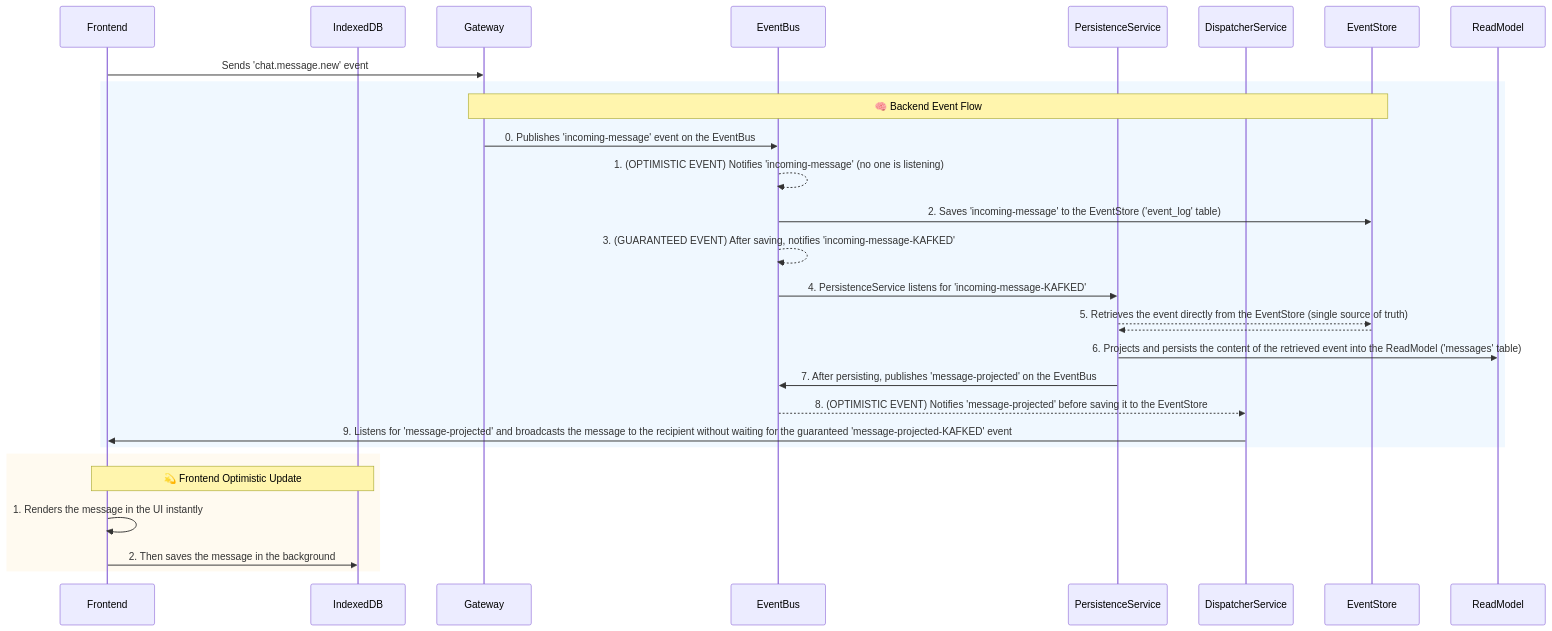
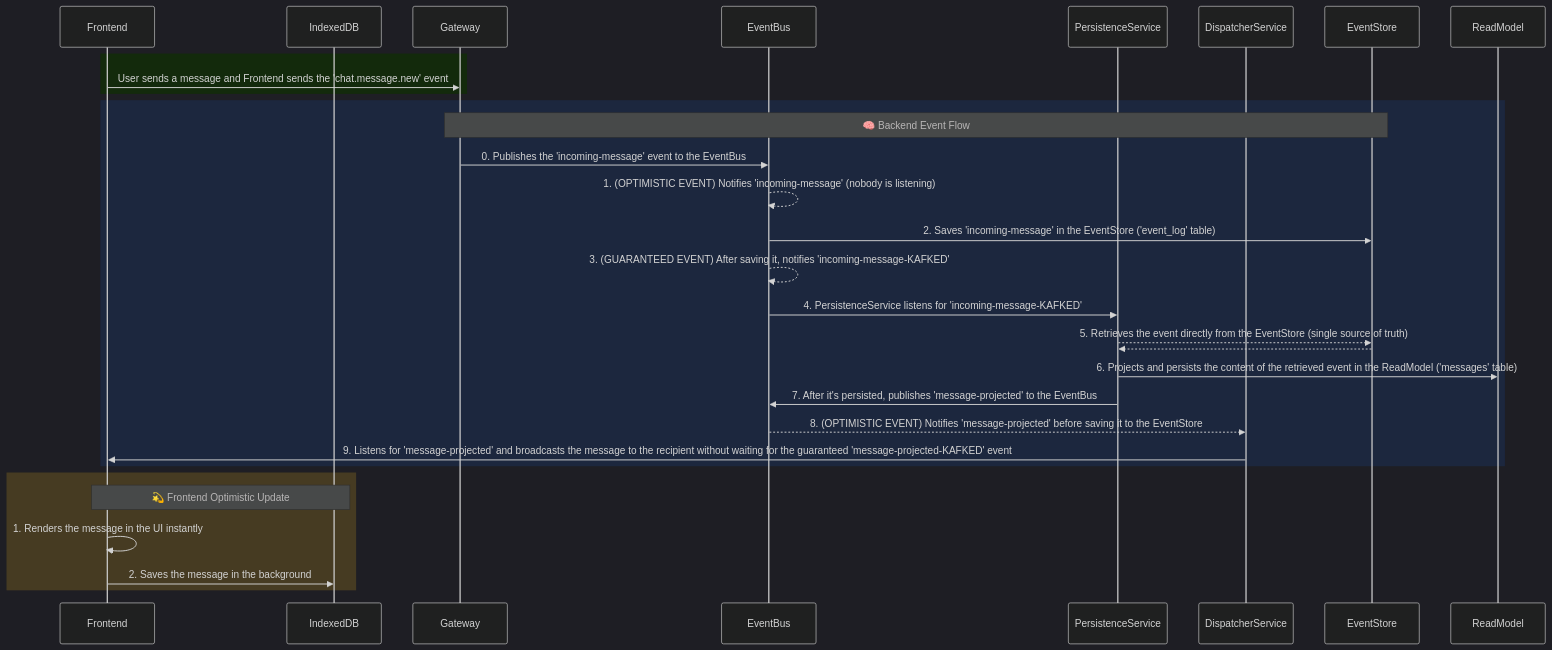
One commit to dCdV47/kafky-event-driven-chat changed the diagram in README.md. Above: the diagram before and after it, drawn with Mermaid. The commit also changed other lines of this file, not shown here.

Commit message:
Documentation fix

````diff
--- a/README.md
+++ b/README.md
@@ -28,36 +28,42 @@
 ```mermaid
+%%{init: {"theme": "dark", "themeVariables": { "primaryColor": "#1e1e1e", "fontSize": "14px", "fontFamily": "Inter" }}}%%
 sequenceDiagram
     participant Frontend
     participant IndexedDB
     participant Gateway
     participant EventBus
     participant PersistenceService
     participant DispatcherService
     participant EventStore
     participant ReadModel
 
-    Frontend->>Gateway: Sends 'chat.message.new' event
+    
+    rect rgba(15, 47, 2, 0.7)
+    Frontend->>Gateway: User sends a message and Frontend sends the 'chat.message.new' event
+    end   
 
-    rect rgb(240, 248, 255)
+    %% A dark, semi-transparent blue background color %%
+    rect rgba(28, 44, 73, 0.7)
     note over Gateway,EventStore: 🧠 Backend Event Flow
-    Gateway->>EventBus: 0. Publishes 'incoming-message' event on the EventBus
-    EventBus-->>EventBus: 1. (OPTIMISTIC EVENT) Notifies 'incoming-message' (no one is listening)
-    EventBus->>EventStore: 2. Saves 'incoming-message' to the EventStore ('event_log' table)
-    EventBus-->>EventBus: 3. (GUARANTEED EVENT) After saving, notifies 'incoming-message-KAFKED'
+    Gateway->>EventBus: 0. Publishes the 'incoming-message' event to the EventBus
+    EventBus-->>EventBus: 1. (OPTIMISTIC EVENT) Notifies 'incoming-message' (nobody is listening)
+    EventBus->>EventStore: 2. Saves 'incoming-message' in the EventStore ('event_log' table)
+    EventBus-->>EventBus: 3. (GUARANTEED EVENT) After saving it, notifies 'incoming-message-KAFKED'
     
     EventBus->>PersistenceService: 4. PersistenceService listens for 'incoming-message-KAFKED'
     PersistenceService-->>EventStore: 5. Retrieves the event directly from the EventStore (single source of truth)
     EventStore-->>PersistenceService:
-    PersistenceService->>ReadModel: 6. Projects and persists the content of the retrieved event into the ReadModel ('messages' table)
-    PersistenceService->>EventBus: 7. After persisting, publishes 'message-projected' on the EventBus
+    PersistenceService->>ReadModel: 6. Projects and persists the content of the retrieved event in the ReadModel ('messages' table)
+    PersistenceService->>EventBus: 7. After it's persisted, publishes 'message-projected' to the EventBus
 
     EventBus-->>DispatcherService: 8. (OPTIMISTIC EVENT) Notifies 'message-projected' before saving it to the EventStore
     DispatcherService->>Frontend: 9. Listens for 'message-projected' and broadcasts the message to the recipient without waiting for the guaranteed 'message-projected-KAFKED' event
     end
 
-    rect rgb(255, 250, 240)
+    %% A dark, semi-transparent yellow/ochre background color %%
+    rect rgba(87, 72, 34, 0.7)
     note over Frontend,IndexedDB: 💫 Frontend Optimistic Update
     Frontend->>Frontend: 1. Renders the message in the UI instantly
-    Frontend->>IndexedDB: 2. Then saves the message in the background
+    Frontend->>IndexedDB: 2. Saves the message in the background
     end
 ```
````
